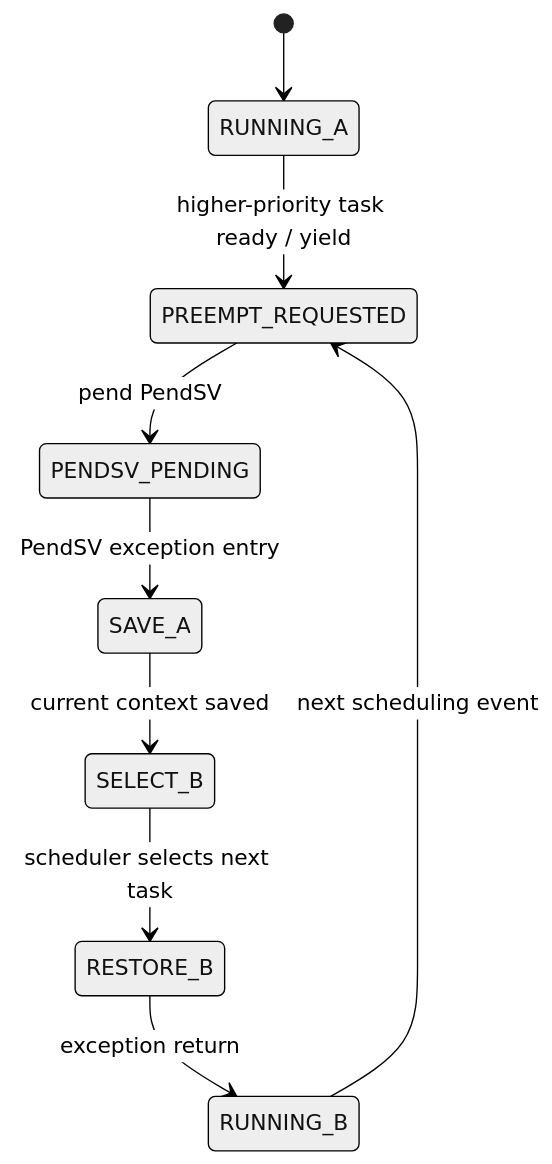
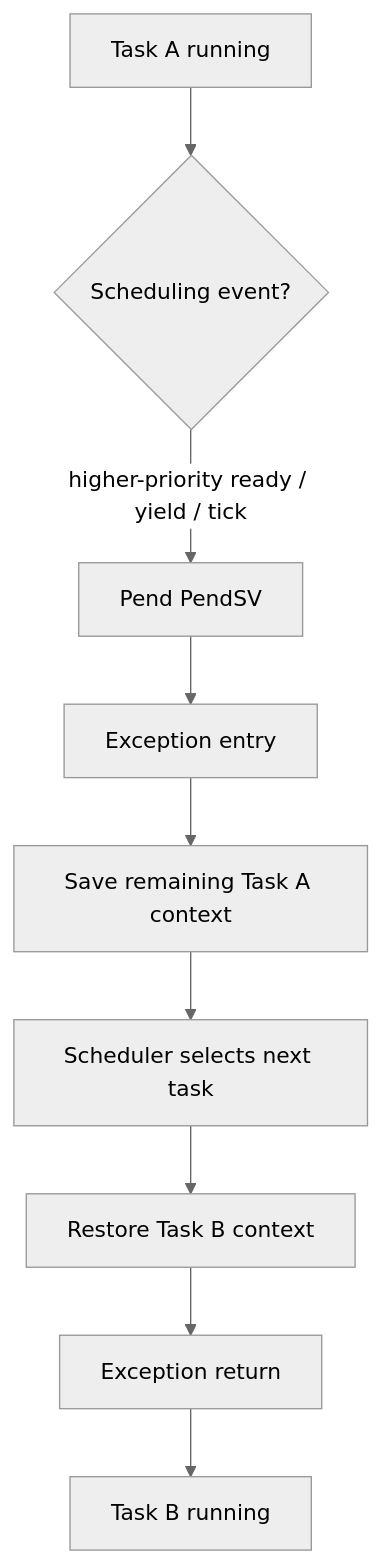
The diagram in 04-self-develop-rtos/README-02-scheduling-context-switch.md (hai-kevins/fpt-bootcamp), drawn with Mermaid (neutral theme) before and after one commit. The commit also changed other lines of this file and 17 other files, not shown here.

````diff
--- a/04-self-develop-rtos/README-02-scheduling-context-switch.md
+++ b/04-self-develop-rtos/README-02-scheduling-context-switch.md
@@ -430,11 +419,11 @@
 ```mermaid
-stateDiagram-v2
-    [*] --> RUNNING_A
-    RUNNING_A --> PREEMPT_REQUESTED : higher-priority task ready / yield
-    PREEMPT_REQUESTED --> PENDSV_PENDING : pend PendSV
-    PENDSV_PENDING --> SAVE_A : PendSV exception entry
-    SAVE_A --> SELECT_B : current context saved
-    SELECT_B --> RESTORE_B : scheduler selects next task
-    RESTORE_B --> RUNNING_B : exception return
-    RUNNING_B --> PREEMPT_REQUESTED : next scheduling event
+flowchart TD
+    RUNA[Task A running] --> EVENT{Scheduling event?}
+    EVENT -->|higher-priority ready / yield / tick| PEND[Pend PendSV]
+    PEND --> ENTRY[Exception entry]
+    ENTRY --> SAVE[Save remaining Task A context]
+    SAVE --> SELECT[Scheduler selects next task]
+    SELECT --> RESTORE[Restore Task B context]
+    RESTORE --> RETURN[Exception return]
+    RETURN --> RUNB[Task B running]
 ```
````
